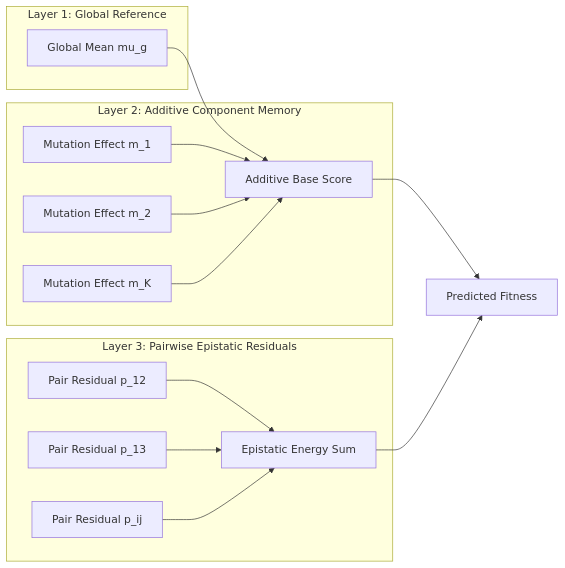
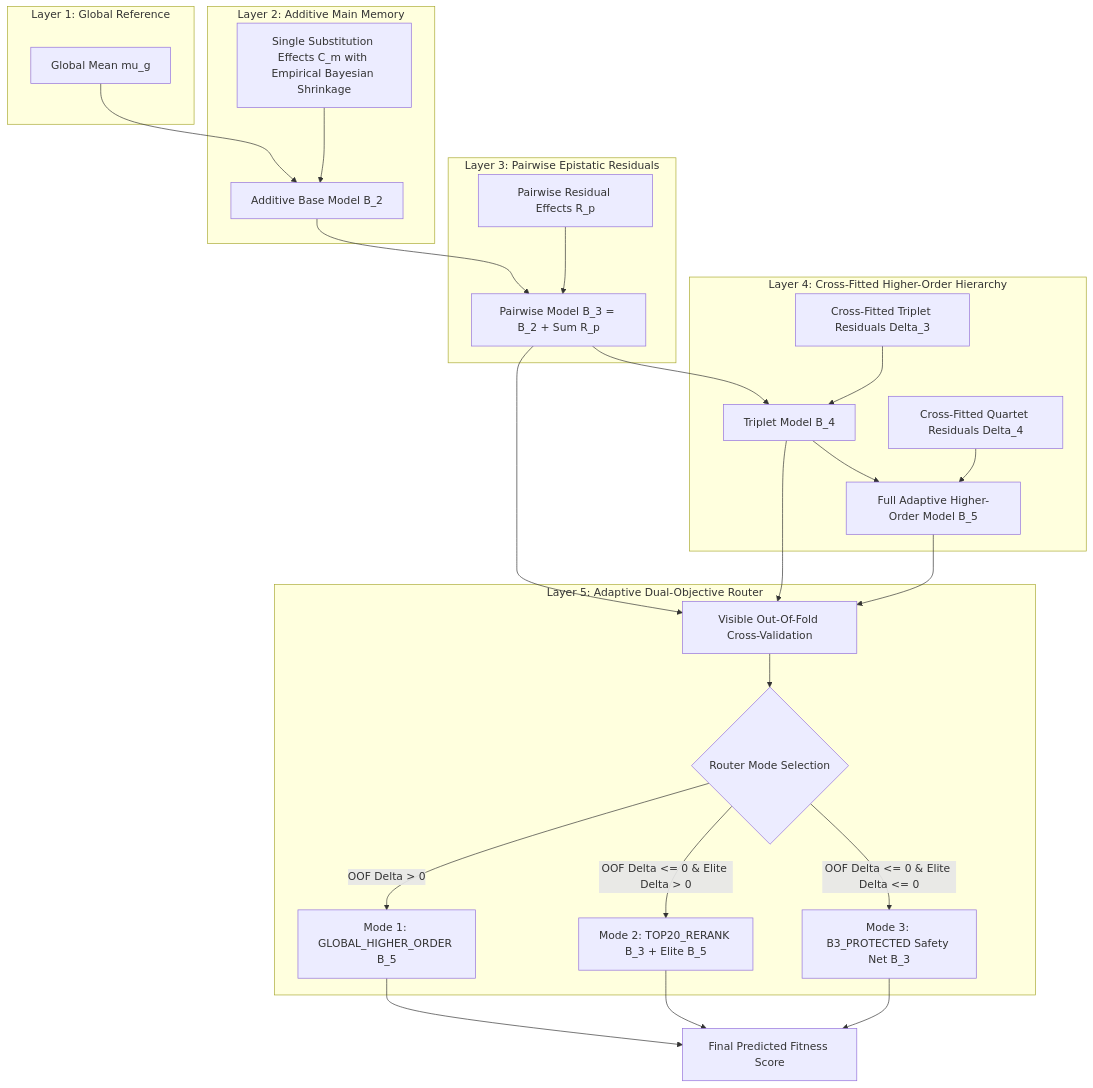
One commit to Aliw02/nabu-protein-design changed the diagram in ARCHITECTURE.md. Above: the diagram before and after it, drawn with Mermaid. The commit also changed other lines of this file and 3 other files, not shown here.

Commit message:
docs: update documentation to NABU V8.3 architecture, unified 6-landscape benchmarks, and sealed test results

````diff
--- a/ARCHITECTURE.md
+++ b/ARCHITECTURE.md
@@ -15,26 +15,38 @@
 ```mermaid
-graph LR
+graph TD
     subgraph Layer 1: Global Reference
         G[Global Mean mu_g]
     end
-    subgraph Layer 2: Additive Component Memory
-        C1[Mutation Effect m_1]
-        C2[Mutation Effect m_2]
-        CK[Mutation Effect m_K]
-        G --> Base[Additive Base Score]
-        C1 --> Base
-        C2 --> Base
-        CK --> Base
+    subgraph Layer 2: Additive Main Memory
+        C[Single Substitution Effects C_m with Empirical Bayesian Shrinkage]
+        G --> Base[Additive Base Model B_2]
+        C --> Base
     end
     subgraph Layer 3: Pairwise Epistatic Residuals
-        P1[Pair Residual p_12]
-        P2[Pair Residual p_13]
-        PK[Pair Residual p_ij]
-        Res[Epistatic Energy Sum]
-        P1 --> Res
-        P2 --> Res
-        PK --> Res
+        P[Pairwise Residual Effects R_p]
+        Base --> B3[Pairwise Model B_3 = B_2 + Sum R_p]
+        P --> B3
     end
-    Base --> Total[Predicted Fitness]
-    Res --> Total
+    subgraph Layer 4: Cross-Fitted Higher-Order Hierarchy
+        T[Cross-Fitted Triplet Residuals Delta_3]
+        Q[Cross-Fitted Quartet Residuals Delta_4]
+        B3 --> B4[Triplet Model B_4]
+        T --> B4
+        B4 --> B5[Full Adaptive Higher-Order Model B_5]
+        Q --> B5
+    end
+    subgraph Layer 5: Adaptive Dual-Objective Router
+        OOF[Visible Out-Of-Fold Cross-Validation]
+        Router{Router Mode Selection}
+        B3 --> OOF
+        B4 --> OOF
+        B5 --> OOF
+        OOF --> Router
+        Router -- "OOF Delta > 0" --> M1[Mode 1: GLOBAL_HIGHER_ORDER B_5]
+        Router -- "OOF Delta <= 0 & Elite Delta > 0" --> M2[Mode 2: TOP20_RERANK B_3 + Elite B_5]
+        Router -- "OOF Delta <= 0 & Elite Delta <= 0" --> M3[Mode 3: B3_PROTECTED Safety Net B_3]
+    end
+    M1 --> Final[Final Predicted Fitness Score]
+    M2 --> Final
+    M3 --> Final
 ```
````
